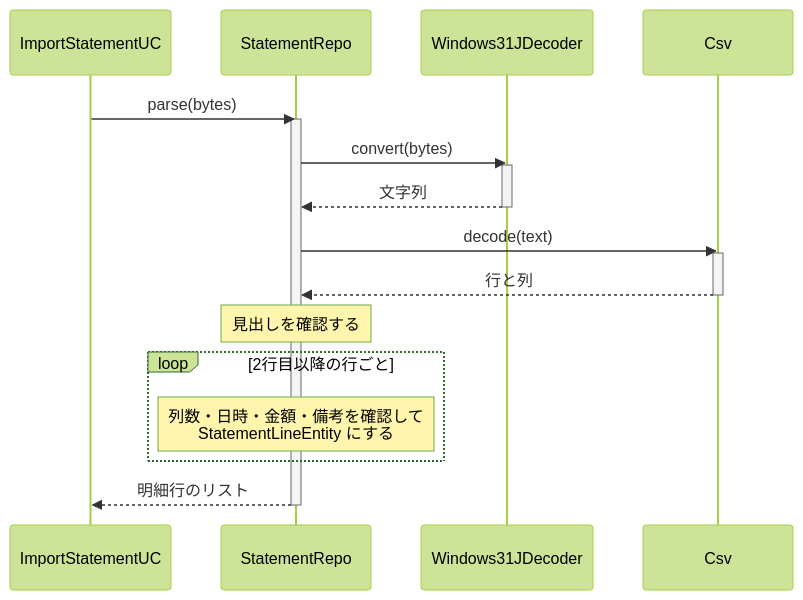
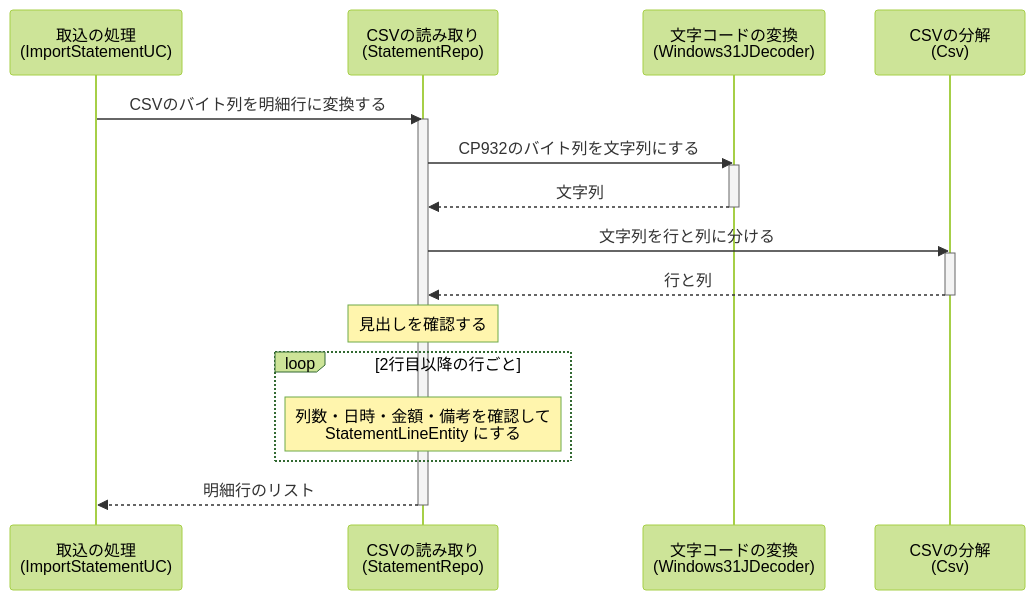
One commit to hnt1028/etc-meisai changed the diagram in docs/systems/processes/PRC-002-parse-statement.md. Above: the diagram before and after it, drawn with Mermaid (forest theme). The commit also changed 8 other files, not shown here.

Commit message:
Update: PR #18のレビュー対応（共通widget化、シーケンス図の日本語化、画面イメージをdraw.ioに変更）

````diff
--- a/docs/systems/processes/PRC-002-parse-statement.md
+++ b/docs/systems/processes/PRC-002-parse-statement.md
@@ -41,24 +41,24 @@
 ```mermaid
 sequenceDiagram
-    participant UC as ImportStatementUC
-    participant SR as StatementRepo
-    participant DC as Windows31JDecoder
-    participant CS as Csv
+    participant UC as 取込の処理<br/>(ImportStatementUC)
+    participant SR as CSVの読み取り<br/>(StatementRepo)
+    participant DC as 文字コードの変換<br/>(Windows31JDecoder)
+    participant CS as CSVの分解<br/>(Csv)
 
-    UC->>SR: parse(bytes)
+    UC->>SR: CSVのバイト列を明細行に変換する
     activate SR
-    SR->>DC: convert(bytes)
+    SR->>DC: CP932のバイト列を文字列にする
     activate DC
     DC-->>SR: 文字列
     deactivate DC
-    SR->>CS: decode(text)
+    SR->>CS: 文字列を行と列に分ける
     activate CS
     CS-->>SR: 行と列
     deactivate CS
     Note over SR: 見出しを確認する
     loop 2行目以降の行ごと
         Note over SR: 列数・日時・金額・備考を確認して<br/>StatementLineEntity にする
     end
     SR-->>UC: 明細行のリスト
     deactivate SR
 ```
````
